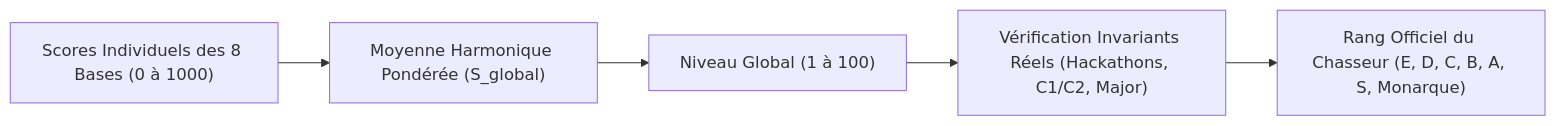
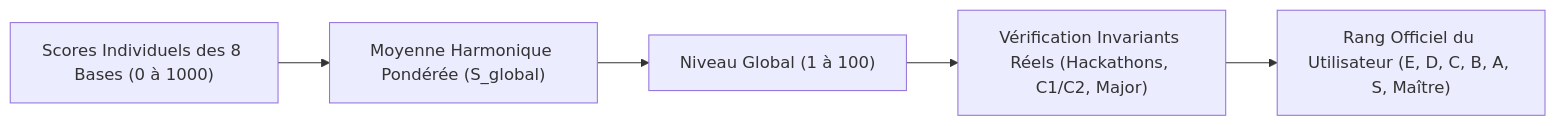
One commit to GeovanioH/LevelUp changed the second of 3 diagrams in README.md. Above: the diagram before and after it, drawn with Mermaid. The commit also changed other lines of this file and 12 other files, not shown here.

````diff
--- a/README.md
+++ b/README.md
@@ -145,7 +87,7 @@
 ```mermaid
 flowchart LR
     Scores["Scores Individuels des 8 Bases (0 à 1000)"] --> Harmonic["Moyenne Harmonique Pondérée (S_global)"]
     Harmonic --> GlobalLvl["Niveau Global (1 à 100)"]
     GlobalLvl --> RealCriteria["Vérification Invariants Réels (Hackathons, C1/C2, Major)"]
-    RealCriteria --> OfficialRank["Rang Officiel du Chasseur (E, D, C, B, A, S, Monarque)"]
+    RealCriteria --> OfficialRank["Rang Officiel du Utilisateur (E, D, C, B, A, S, Maître)"]
 ```
````
